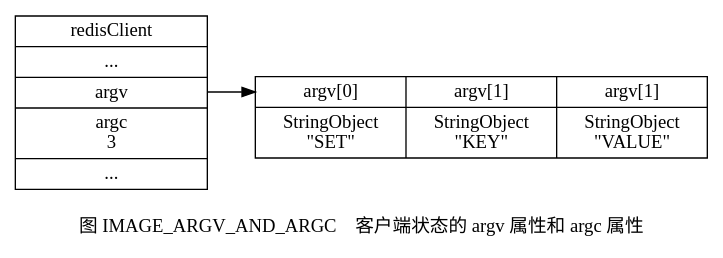
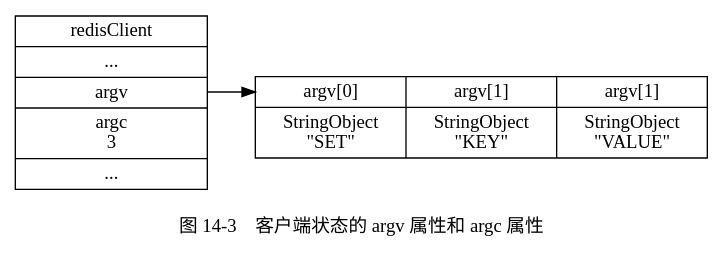
Before and after one commit to huangzworks/redisbook1e: the third of 8 diagrams in preview/server/execute_command.rst, drawn with Graphviz. The commit also changed other lines of this file and 2 other files, not shown here.

```diff
--- a/preview/server/execute_command.rst
+++ b/preview/server/execute_command.rst
@@ -143,17 +143,17 @@
 .. graphviz::
 
     digraph {
 
-        label = "\n 图 IMAGE_ARGV_AND_ARGC    客户端状态的 argv 属性和 argc 属性";
+        label = "\n 图 14-3    客户端状态的 argv 属性和 argc 属性";
 
         rankdir = LR;
 
         node [shape = record];
 
         redisClient [label = " redisClient | ... | <argv> argv | argc \n 3 | ... ", width = 2];
 
         argv [label = " { { <head> argv[0] | StringObject \n \"SET\" } | { argv[1] | StringObject \n \"KEY\" } | { argv[1] | StringObject \n \"VALUE\" } } "];
 
         redisClient:argv -> argv:head;
 
     }
```
